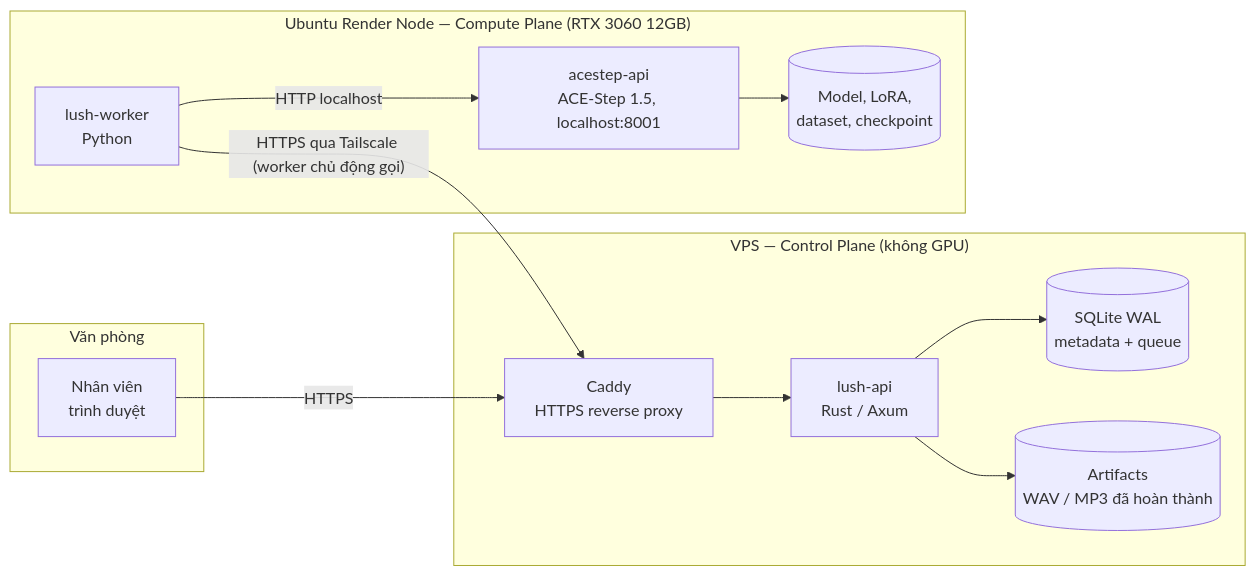
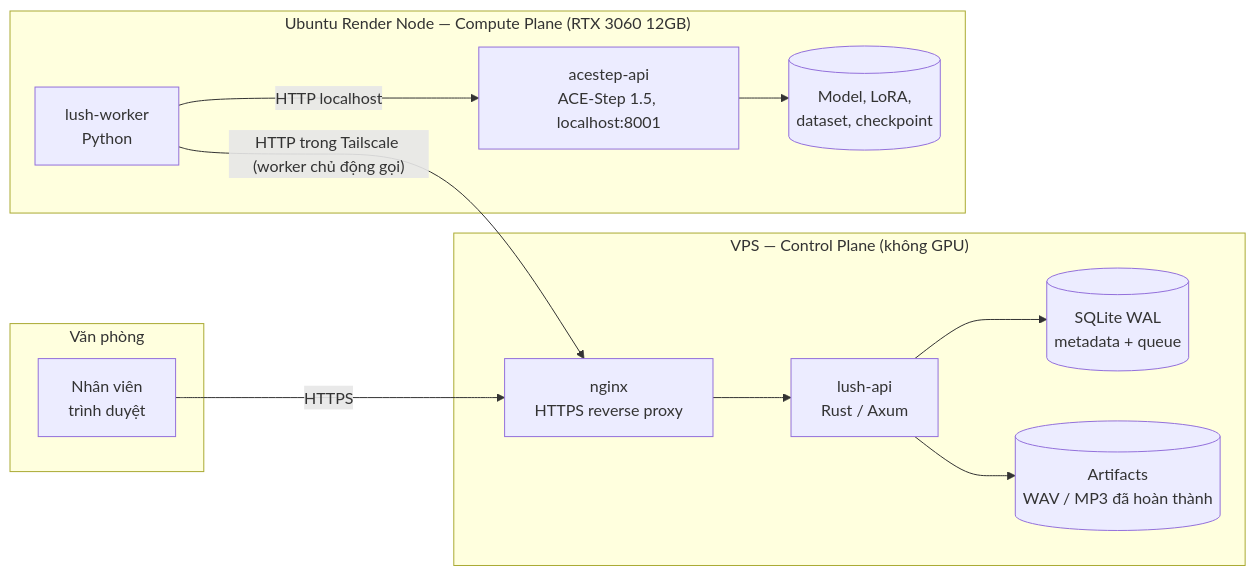
One commit to dangcong/lush-ai-music-studio changed the first of 2 diagrams in docs/ARCHITECTURE.md. Above: the diagram before and after it, drawn with Mermaid. The commit also changed 9 other files, not shown here.

````diff
--- a/docs/ARCHITECTURE.md
+++ b/docs/ARCHITECTURE.md
@@ -5,24 +5,24 @@
 ```mermaid
 flowchart LR
     subgraph Office["Văn phòng"]
         U[Nhân viên<br/>trình duyệt]
     end
     subgraph VPS["VPS — Control Plane (không GPU)"]
-        C[Caddy<br/>HTTPS reverse proxy]
+        C[nginx<br/>HTTPS reverse proxy]
         A[lush-api<br/>Rust / Axum]
         D[(SQLite WAL<br/>metadata + queue)]
         F[(Artifacts<br/>WAV / MP3 đã hoàn thành)]
         C --> A
         A --> D
         A --> F
     end
     subgraph Node["Ubuntu Render Node — Compute Plane (RTX 3060 12GB)"]
         W[lush-worker<br/>Python]
         E[acestep-api<br/>ACE-Step 1.5, localhost:8001]
         M[(Model, LoRA,<br/>dataset, checkpoint)]
         W -->|HTTP localhost| E
         E --> M
     end
     U -->|HTTPS| C
-    W -->|"HTTPS qua Tailscale (worker chủ động gọi)"| C
+    W -->|"HTTP trong Tailscale (worker chủ động gọi)"| C
 ```
````
